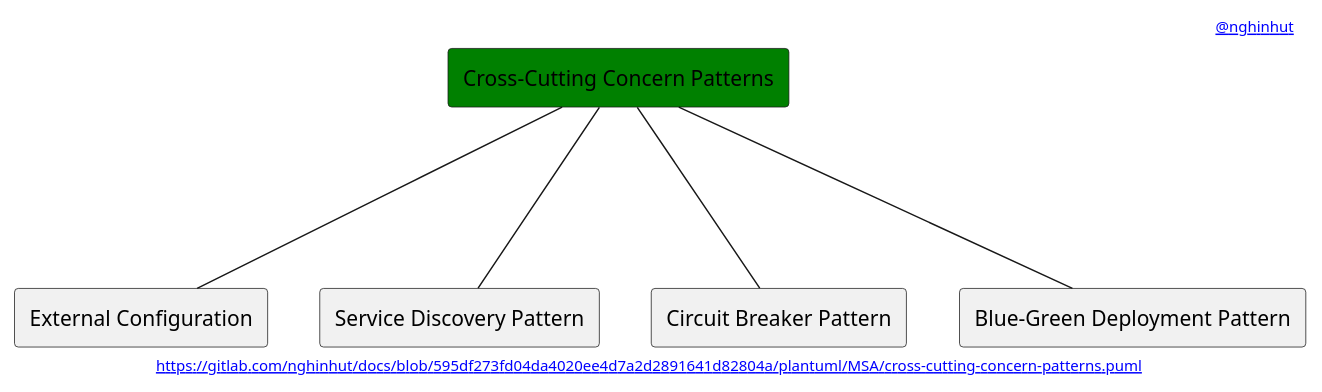
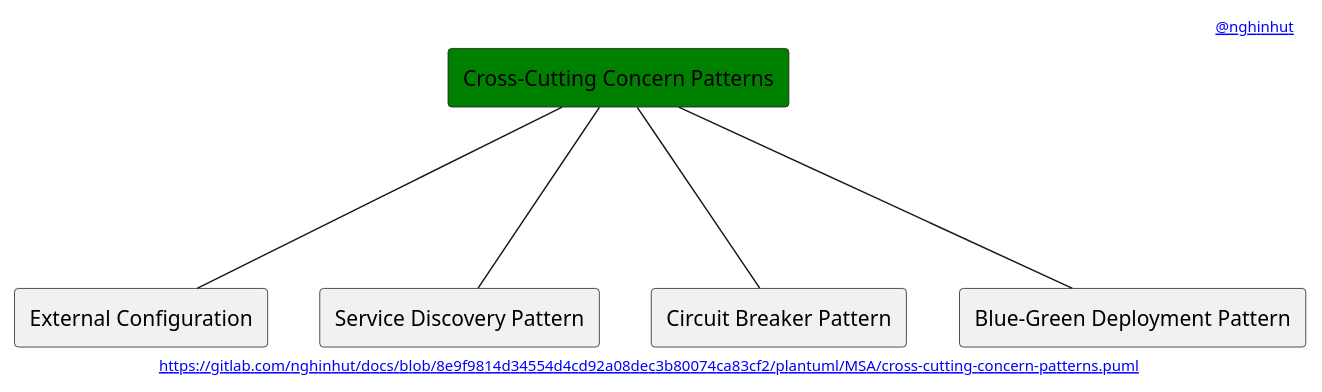
One commit to nghinhut/docs changed the diagram in plantuml/MSA/cross-cutting-concern-patterns.puml. Above: the diagram before and after it, drawn with PlantUML. The commit also changed 28 other files, not shown here.

```diff
--- a/plantuml/MSA/cross-cutting-concern-patterns.puml
+++ b/plantuml/MSA/cross-cutting-concern-patterns.puml
@@ -1,18 +1,18 @@
 @startuml
 '-----START auto generated metadata please keep comment here to allow auto update-----
 '-----DON'T EDIT THIS SECTION, INSTEAD RE-RUN prebuild.sh TO UPDATE-----
-header [[https://www.nghinhut.dev?from=http%5C%3A%5C%2F%5C%2Fwww%5C.plantuml%5C.com%5C%2Fplantuml%5C%2Fproxy%3Ffmt%3Dsvg%5C%26src%3Dhttps%5C%3A%5C%2F%5C%2Fgitlab%5C.com%5C%2Fnghinhut%5C%2Fdocs%5C%2Fraw%5C%2F595df273fd04da4020ee4d7a2d2891641d82804a%5C%2Fplantuml%5C%2FMSA%5C%2Fcross-cutting-concern-patterns%5C.puml%0A @nghinhut]]
-footer [[http://www.plantuml.com/plantuml/proxy?fmt=svg&src=https://gitlab.com/nghinhut/docs/raw/595df273fd04da4020ee4d7a2d2891641d82804a/plantuml/MSA/cross-cutting-concern-patterns.puml https://gitlab.com/nghinhut/docs/blob/595df273fd04da4020ee4d7a2d2891641d82804a/plantuml/MSA/cross-cutting-concern-patterns.puml]]
+header [[https://www.nghinhut.dev?from=http%5C%3A%5C%2F%5C%2Fwww%5C.plantuml%5C.com%5C%2Fplantuml%5C%2Fproxy%3Ffmt%3Dsvg%5C%26src%3Dhttps%5C%3A%5C%2F%5C%2Fgitlab%5C.com%5C%2Fnghinhut%5C%2Fdocs%5C%2Fraw%5C%2F8e9f9814d34554d4cd92a08dec3b80074ca83cf2%5C%2Fplantuml%5C%2FMSA%5C%2Fcross-cutting-concern-patterns%5C.puml%0A @nghinhut]]
+footer [[http://www.plantuml.com/plantuml/proxy?fmt=svg&src=https://gitlab.com/nghinhut/docs/raw/8e9f9814d34554d4cd92a08dec3b80074ca83cf2/plantuml/MSA/cross-cutting-concern-patterns.puml https://gitlab.com/nghinhut/docs/blob/8e9f9814d34554d4cd92a08dec3b80074ca83cf2/plantuml/MSA/cross-cutting-concern-patterns.puml]]
 '-----END auto generated metadata please keep comment here to allow auto update-----
 
 rectangle "Cross-Cutting Concern Patterns" as CrossCuttingConcern #green
 
 rectangle "External Configuration" as CrossCuttingConcernP1
 rectangle "Service Discovery Pattern" as CrossCuttingConcernP2
 rectangle "Circuit Breaker Pattern" as CrossCuttingConcernP3
 rectangle "Blue-Green Deployment Pattern" as CrossCuttingConcernP4
 CrossCuttingConcern --- CrossCuttingConcernP1
 CrossCuttingConcern --- CrossCuttingConcernP2
 CrossCuttingConcern --- CrossCuttingConcernP3
 CrossCuttingConcern --- CrossCuttingConcernP4
 @enduml
```
